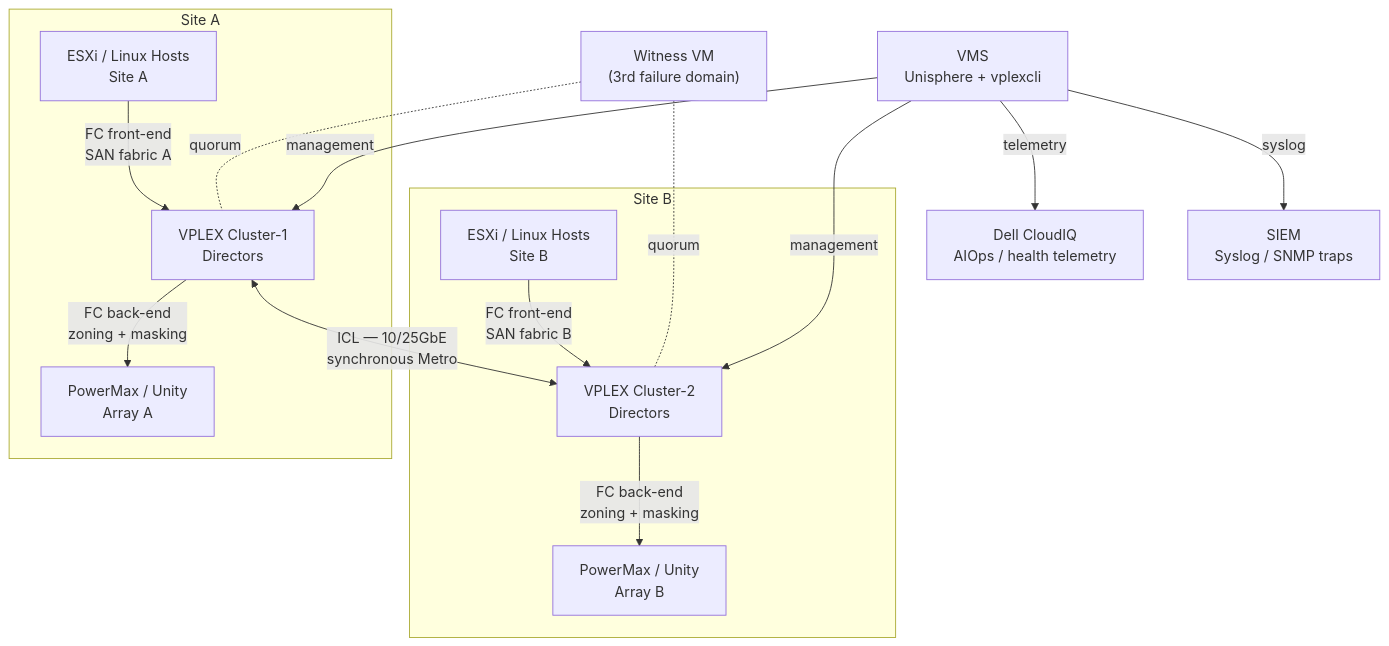
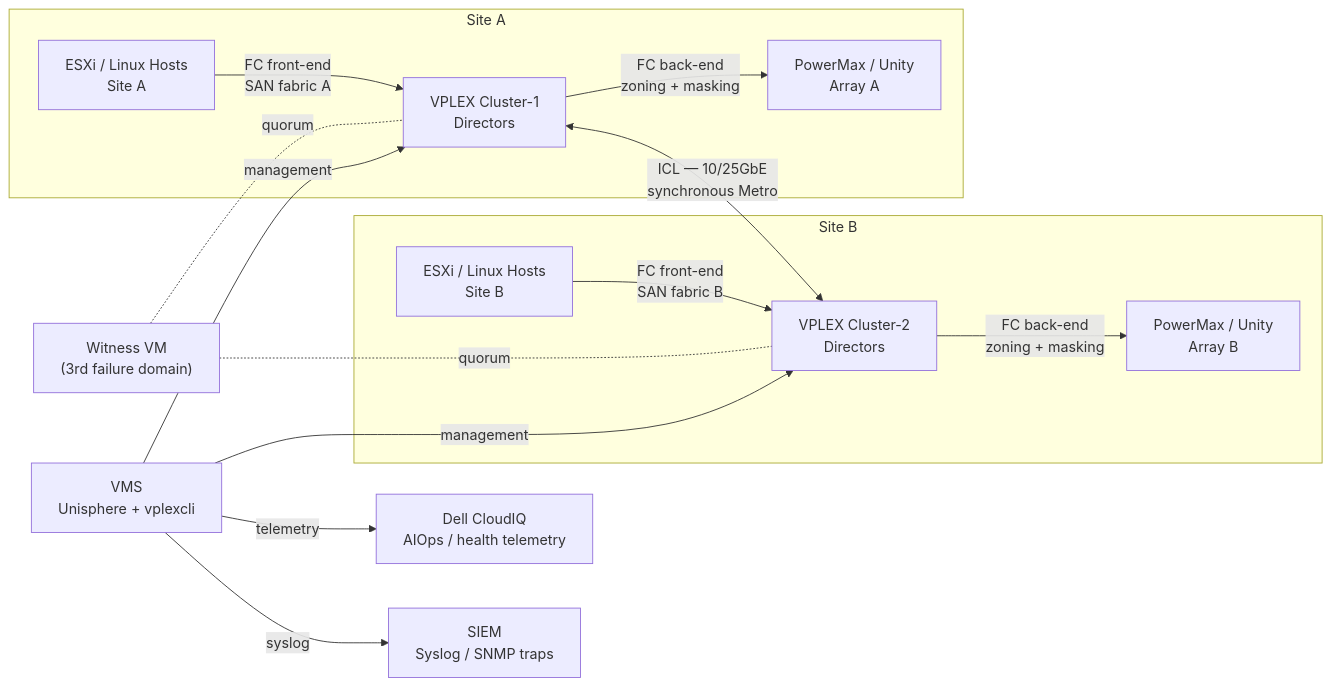
One commit to canast01/chris-kb changed the first of 2 diagrams in docs/storage/dell/vplex/architecture/integrations.md. Above: the diagram before and after it, drawn with Mermaid. The commit also changed 192 other files, not shown here.

````diff
--- a/docs/storage/dell/vplex/architecture/integrations.md
+++ b/docs/storage/dell/vplex/architecture/integrations.md
@@ -15,29 +15,29 @@
 ```mermaid
-flowchart TB
+flowchart LR
     subgraph "Site A"
         hostA["ESXi / Linux Hosts\nSite A"]
         dirA["VPLEX Cluster-1\nDirectors"]
         arrA["PowerMax / Unity\nArray A"]
     end
     subgraph "Site B"
         hostB["ESXi / Linux Hosts\nSite B"]
         dirB["VPLEX Cluster-2\nDirectors"]
         arrB["PowerMax / Unity\nArray B"]
     end
     witness["Witness VM\n(3rd failure domain)"]
     vms["VMS\nUnisphere + vplexcli"]
     cloudiq["Dell CloudIQ\nAIOps / health telemetry"]
     siem["SIEM\nSyslog / SNMP traps"]
 
     hostA -->|"FC front-end\nSAN fabric A"| dirA
     dirA -->|"FC back-end\nzoning + masking"| arrA
     hostB -->|"FC front-end\nSAN fabric B"| dirB
     dirB -->|"FC back-end\nzoning + masking"| arrB
     dirA <-->|"ICL — 10/25GbE\nsynchronous Metro"| dirB
     witness -. "quorum" .- dirA
     witness -. "quorum" .- dirB
     vms -->|"management"| dirA
     vms -->|"management"| dirB
     vms -->|"telemetry"| cloudiq
     vms -->|"syslog"| siem
 ```
````
